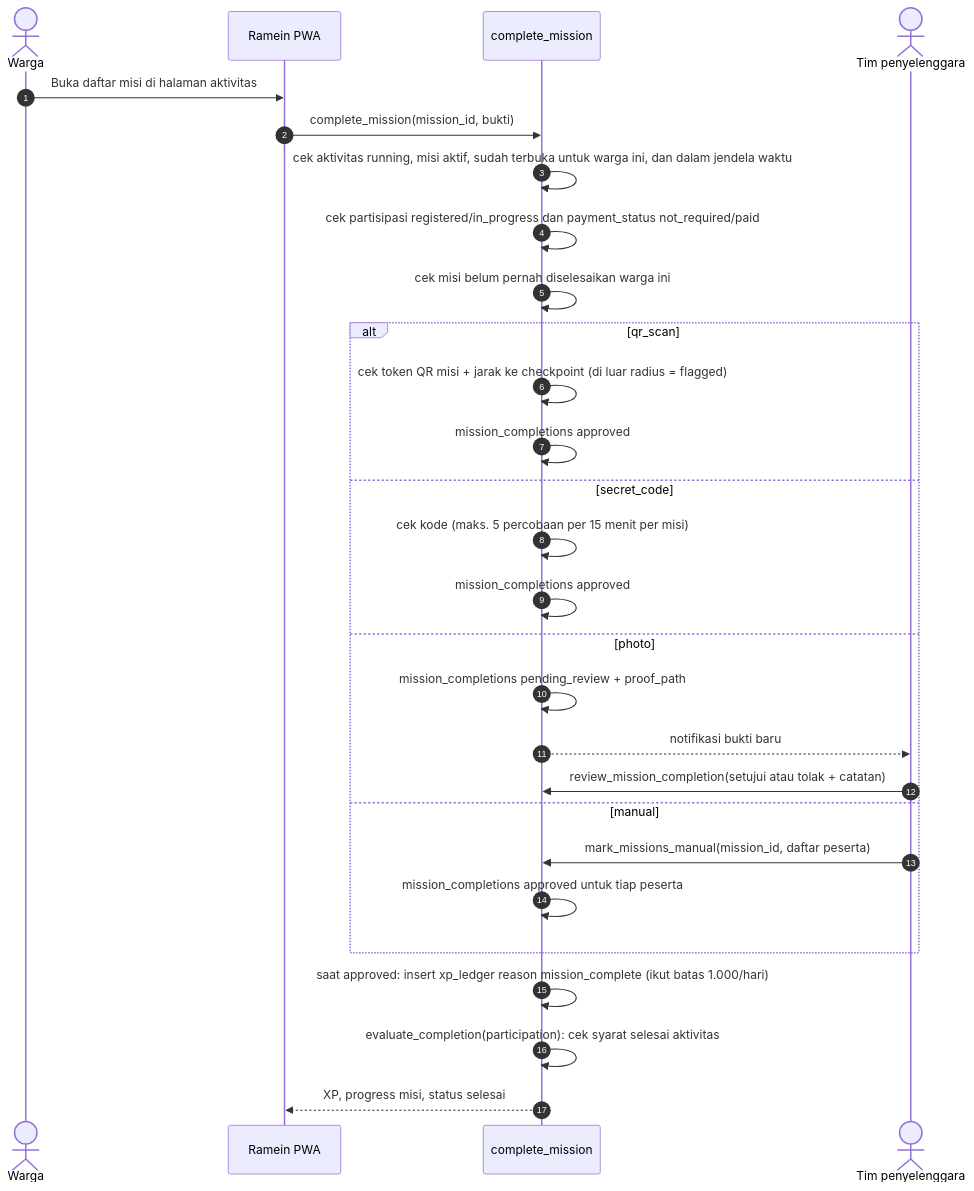
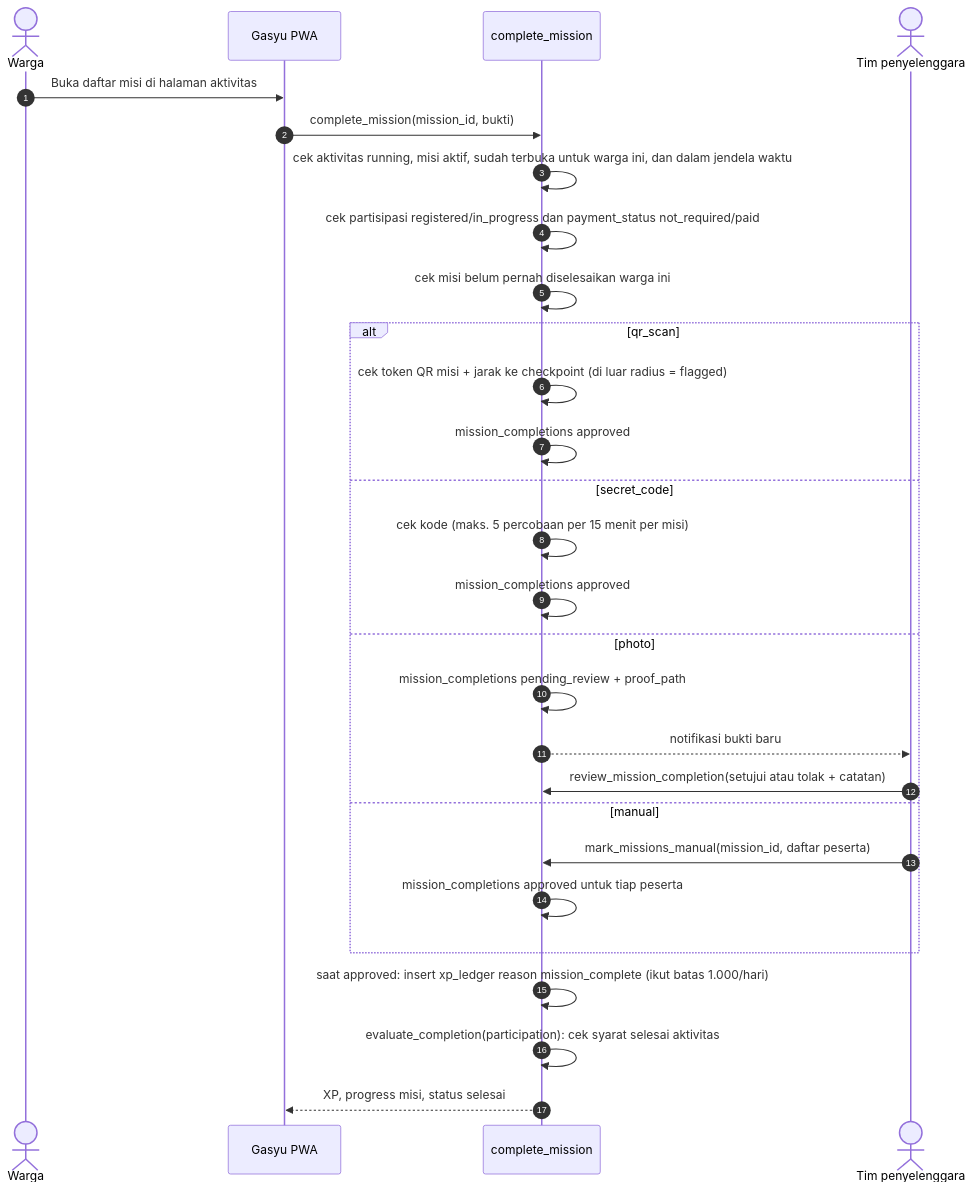
The tenth of 26 diagrams in docs/ALUR-SISTEM.md (mirwanma/gasyu), drawn with Mermaid before and after one commit. The commit also changed other lines of this file and 71 other files, not shown here.

First line of the commit message:
Ganti nama aplikasi dari Ramein menjadi Gasyu

````diff
--- a/docs/ALUR-SISTEM.md
+++ b/docs/ALUR-SISTEM.md
@@ -471,30 +471,30 @@
 ```mermaid
 sequenceDiagram
     autonumber
     actor W as Warga
-    participant App as Ramein PWA
+    participant App as Gasyu PWA
     participant DB as complete_mission
     actor T as Tim penyelenggara
     W->>App: Buka daftar misi di halaman aktivitas
     App->>DB: complete_mission(mission_id, bukti)
     DB->>DB: cek aktivitas running, misi aktif, sudah terbuka untuk warga ini, dan dalam jendela waktu
     DB->>DB: cek partisipasi registered/in_progress dan payment_status not_required/paid
     DB->>DB: cek misi belum pernah diselesaikan warga ini
     alt qr_scan
         DB->>DB: cek token QR misi + jarak ke checkpoint (di luar radius = flagged)
         DB->>DB: mission_completions approved
     else secret_code
         DB->>DB: cek kode (maks. 5 percobaan per 15 menit per misi)
         DB->>DB: mission_completions approved
     else photo
         DB->>DB: mission_completions pending_review + proof_path
         DB-->>T: notifikasi bukti baru
         T->>DB: review_mission_completion(setujui atau tolak + catatan)
     else manual
         T->>DB: mark_missions_manual(mission_id, daftar peserta)
         DB->>DB: mission_completions approved untuk tiap peserta
     end
     DB->>DB: saat approved: insert xp_ledger reason mission_complete (ikut batas 1.000/hari)
     DB->>DB: evaluate_completion(participation): cek syarat selesai aktivitas
     DB-->>App: XP, progress misi, status selesai
 ```
````
